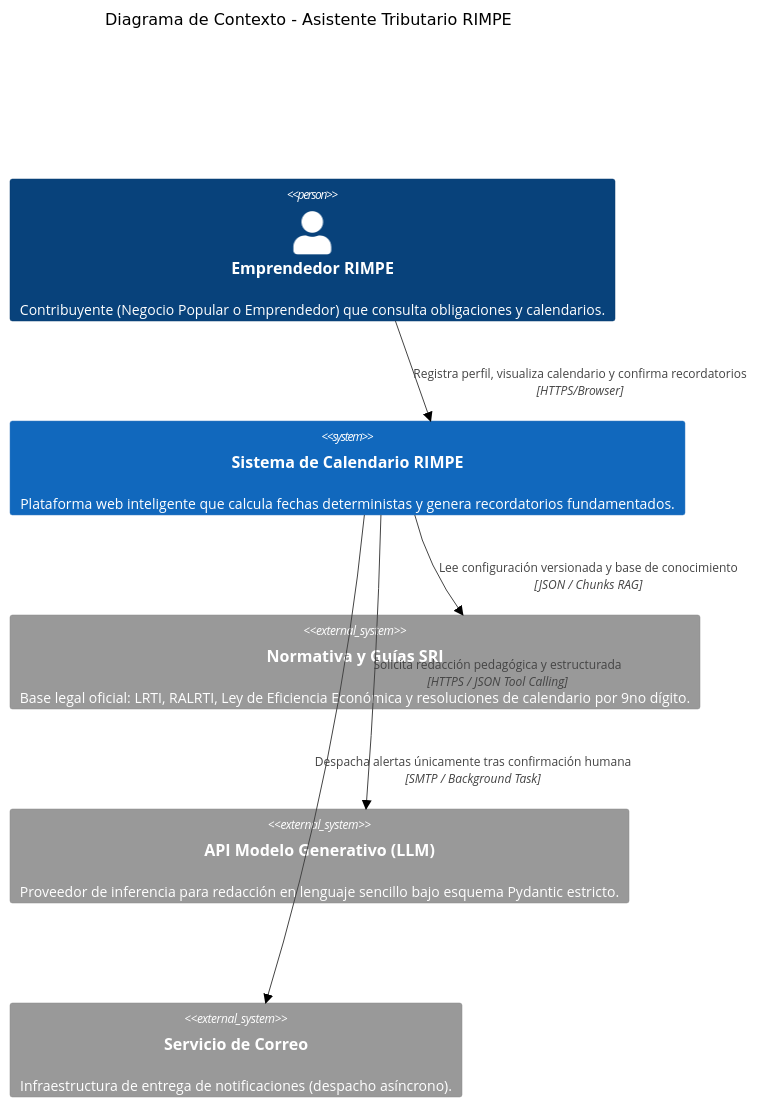
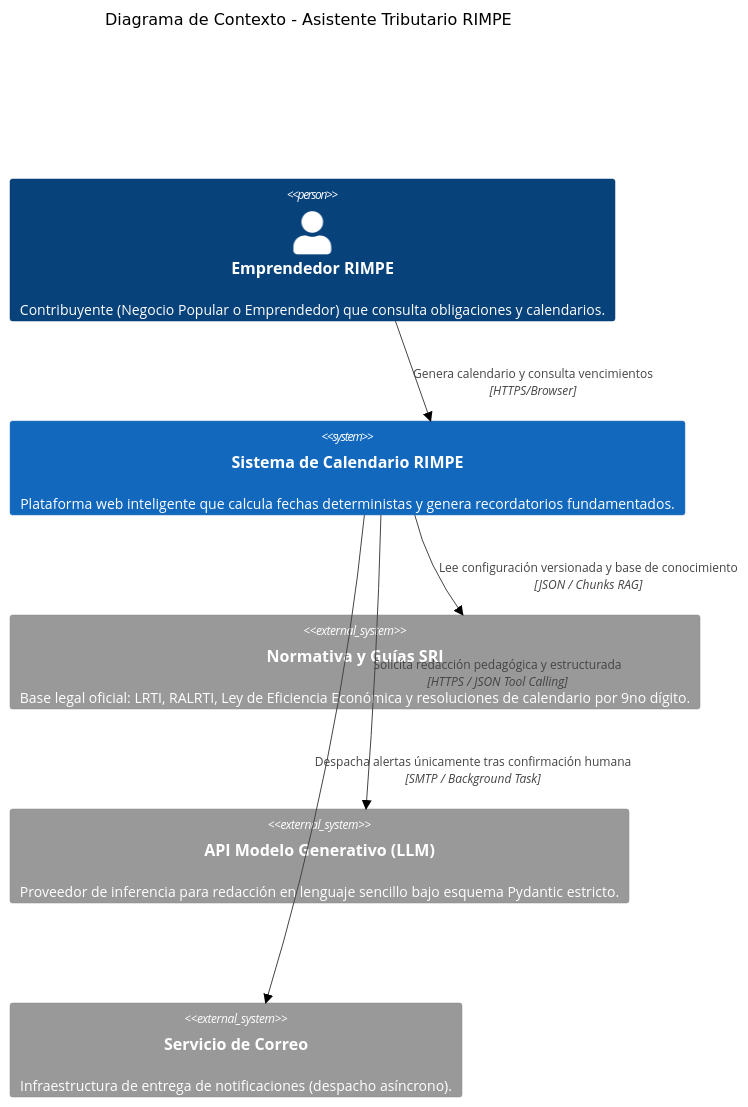
The second of 4 diagrams in docs/03-arquitectura.md (CristhianPinos/CalendarioTributarioRIMPE), drawn with Mermaid (neutral theme) before and after one commit. The commit also changed other lines of this file and 74 other files, not shown here.

Commit message:
feat: actualizar calendario RIMPE y documentacion de entrega

````diff
--- a/docs/03-arquitectura.md
+++ b/docs/03-arquitectura.md
@@ -93,17 +97,17 @@
 ```mermaid
 C4Context
     title Diagrama de Contexto - Asistente Tributario RIMPE
 
     Person(emprendedor, "Emprendedor RIMPE", "Contribuyente (Negocio Popular o Emprendedor) que consulta obligaciones y calendarios.")
 
     System(sistema_rimpe, "Sistema de Calendario RIMPE", "Plataforma web inteligente que calcula fechas deterministas y genera recordatorios fundamentados.")
 
     System_Ext(sri_normativa, "Normativa y Guías SRI", "Base legal oficial: LRTI, RALRTI, Ley de Eficiencia Económica y resoluciones de calendario por 9no dígito.")
     System_Ext(llm_api, "API Modelo Generativo (LLM)", "Proveedor de inferencia para redacción en lenguaje sencillo bajo esquema Pydantic estricto.")
     System_Ext(smtp_service, "Servicio de Correo", "Infraestructura de entrega de notificaciones (despacho asíncrono).")
 
-    Rel(emprendedor, sistema_rimpe, "Registra perfil, visualiza calendario y confirma recordatorios", "HTTPS/Browser")
+    Rel(emprendedor, sistema_rimpe, "Genera calendario y consulta vencimientos", "HTTPS/Browser")
     Rel(sistema_rimpe, sri_normativa, "Lee configuración versionada y base de conocimiento", "JSON / Chunks RAG")
     Rel(sistema_rimpe, llm_api, "Solicita redacción pedagógica y estructurada", "HTTPS / JSON Tool Calling")
     Rel(sistema_rimpe, smtp_service, "Despacha alertas únicamente tras confirmación humana", "SMTP / Background Task")
 ```
````
